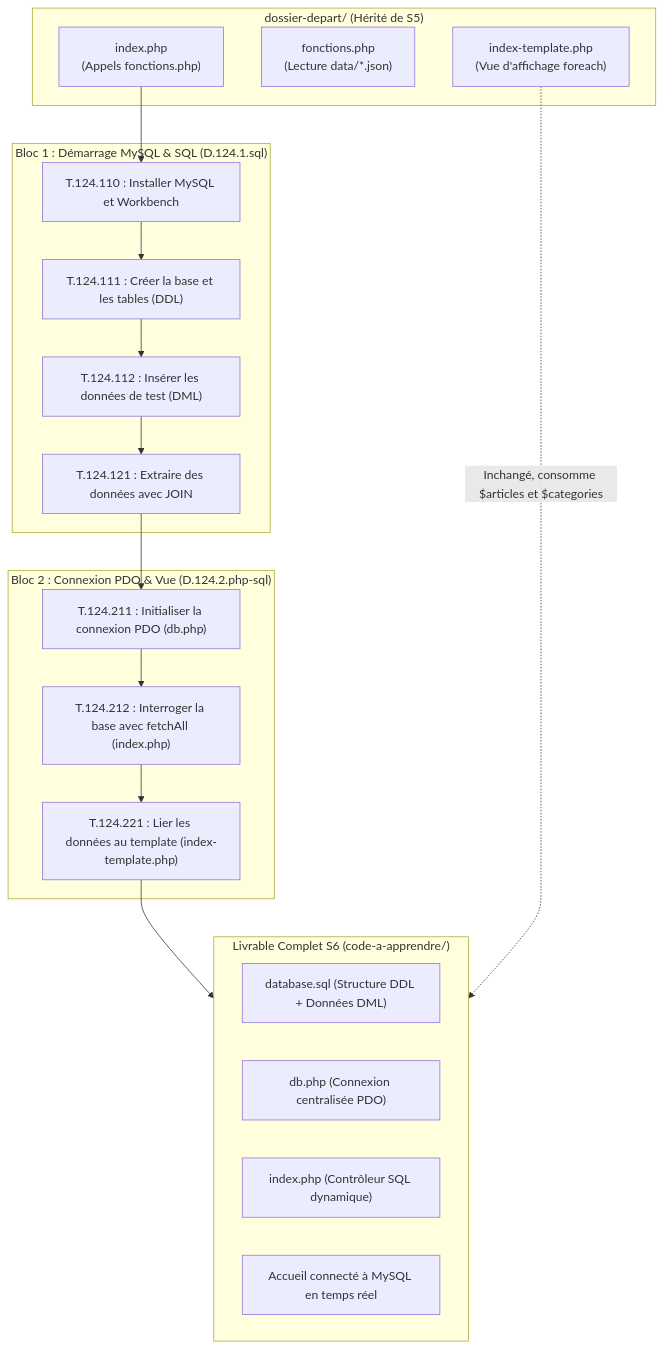
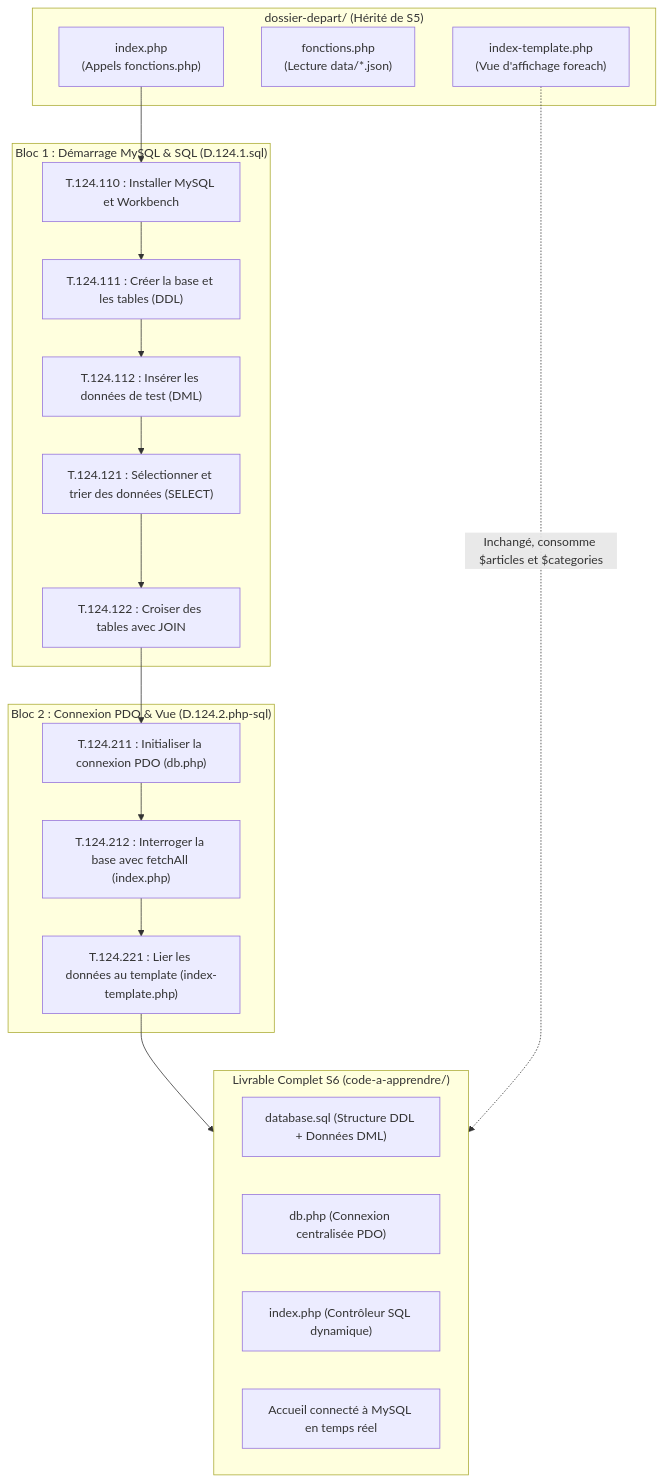
The diagram in _plan-réalisation-tutos/S6/plan-developpement.md (solicode-web-mobile/autoformations-web), drawn with Mermaid before and after one commit. The commit also changed other lines of this file and 18 other files, not shown here.

````diff
--- a/_plan-réalisation-tutos/S6/plan-developpement.md
+++ b/_plan-réalisation-tutos/S6/plan-developpement.md
@@ -31,38 +31,40 @@
 ```mermaid
 flowchart TD
     subgraph Depart["dossier-depart/ (Hérité de S5)"]
         D1["index.php<br>(Appels fonctions.php)"]
         D2["fonctions.php<br>(Lecture data/*.json)"]
         D3["index-template.php<br>(Vue d'affichage foreach)"]
     end
 
     subgraph Bloc1["Bloc 1 : Démarrage MySQL & SQL (D.124.1.sql)"]
         T1["T.124.110 : Installer MySQL et Workbench"]
         T2["T.124.111 : Créer la base et les tables (DDL)"]
         T3["T.124.112 : Insérer les données de test (DML)"]
-        T4["T.124.121 : Extraire des données avec JOIN"]
+        T4["T.124.121 : Sélectionner et trier des données (SELECT)"]
+        T5["T.124.122 : Croiser des tables avec JOIN"]
     end
 
     subgraph Bloc2["Bloc 2 : Connexion PDO & Vue (D.124.2.php-sql)"]
-        T5["T.124.211 : Initialiser la connexion PDO (db.php)"]
-        T6["T.124.212 : Interroger la base avec fetchAll (index.php)"]
-        T7["T.124.221 : Lier les données au template (index-template.php)"]
+        T6["T.124.211 : Initialiser la connexion PDO (db.php)"]
+        T7["T.124.212 : Interroger la base avec fetchAll (index.php)"]
+        T8["T.124.221 : Lier les données au template (index-template.php)"]
     end
 
     subgraph Arrivee["Livrable Complet S6 (code-a-apprendre/)"]
         L1["database.sql (Structure DDL + Données DML)"]
         L2["db.php (Connexion centralisée PDO)"]
         L3["index.php (Contrôleur SQL dynamique)"]
         L4["Accueil connecté à MySQL en temps réel"]
     end
 
     D1 --> T1
     T1 --> T2
     T2 --> T3
     T3 --> T4
     T4 --> T5
     T5 --> T6
     T6 --> T7
-    T7 --> Arrivee
+    T7 --> T8
+    T8 --> Arrivee
     D3 -.->|Inchangé, consomme $articles et $categories| Arrivee
 ```
````
